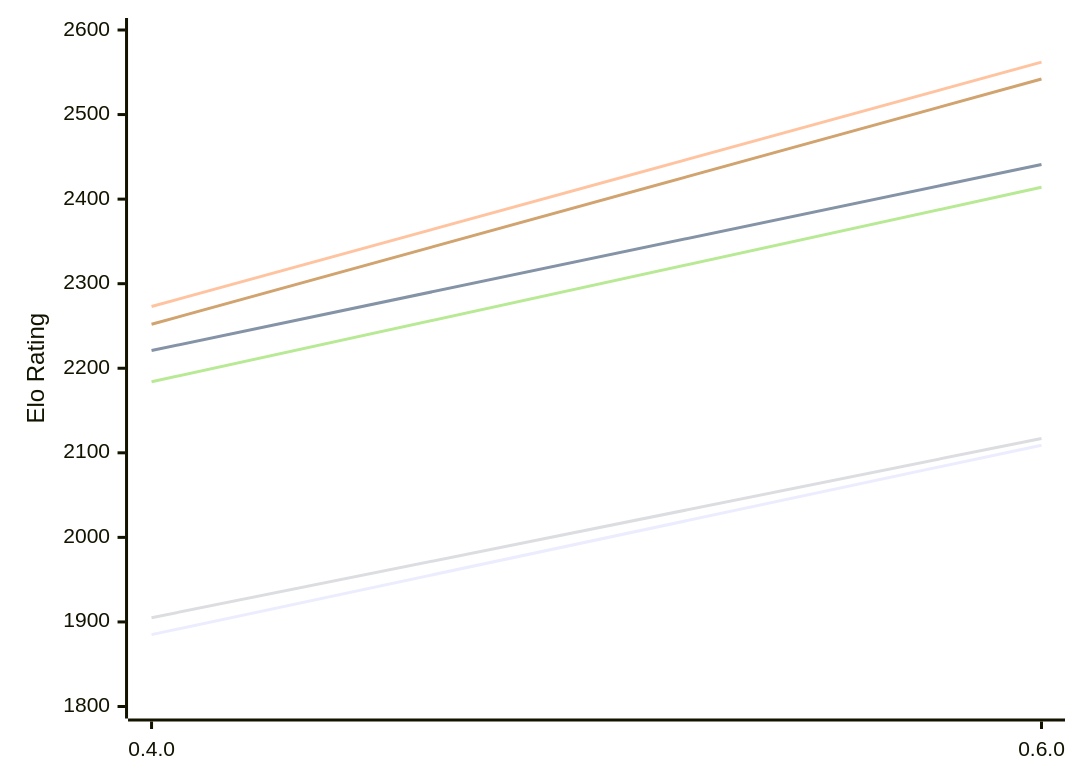
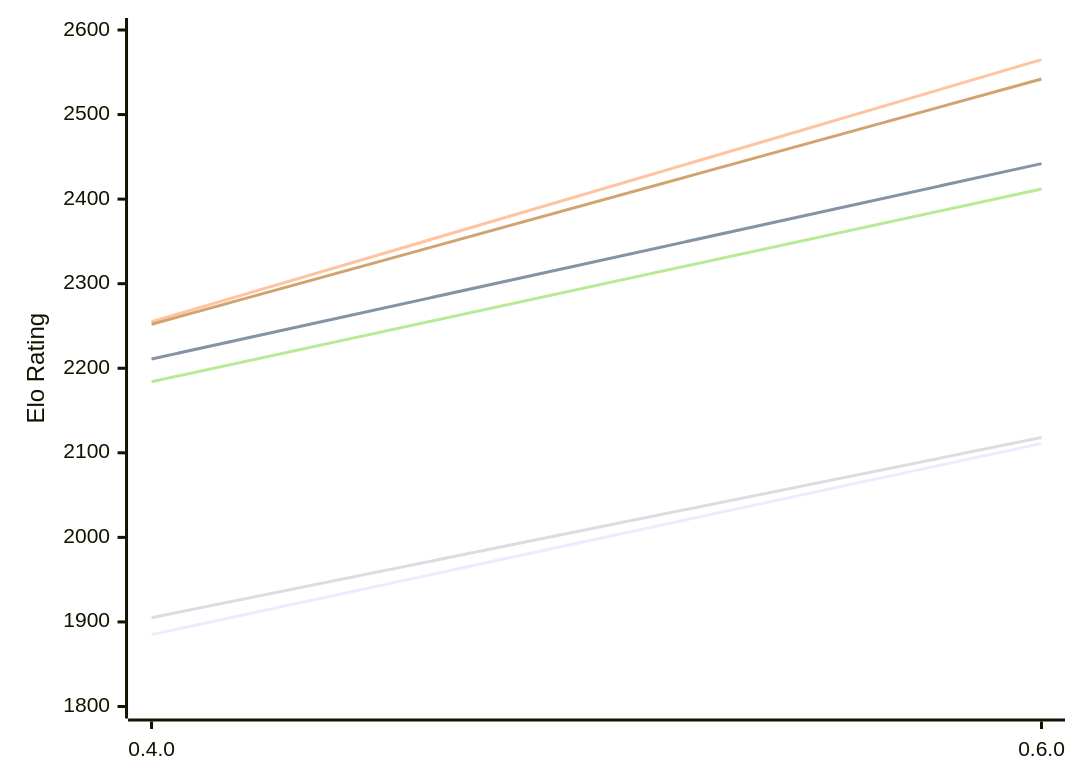
Before and after one commit to computer-chess-index/cci: the first of 2 diagrams in engines/Ariadne.md, drawn with Mermaid. The commit also changed other lines of this file, not shown here.

Commit message:
Update CCI Ratings (ELO VLTC) - 2026-11-27

````diff
--- a/engines/Ariadne.md
+++ b/engines/Ariadne.md
@@ -50,12 +50,12 @@
 ```mermaid
 %%{init: {"theme":"base","themeVariables":{"seriesColors:['#a3a3a3','#222221','#faa371']}}}%%
 xychart-beta
   x-axis ["0.4.0", "0.6.0"]
   y-axis "Elo Rating" 1800 --> 2600
-  line "E1: STC (8.0+0.08s)" [1885, 2109]
-  line "E1: LTC (60.0+0.60s)" [2221, 2441]
-  line "E1: VLTC (2m24s+1.12s)" [2273, 2562]
-  line "P1: STC (8.0+0.08s)" [1905, 2117]
-  line "P1: LTC (60.0+0.60s)" [2184, 2414]
+  line "E1: STC (8.0+0.08s)" [1885, 2111]
+  line "E1: LTC (60.0+0.60s)" [2211, 2442]
+  line "E1: VLTC (2m24s+1.12s)" [2255, 2565]
+  line "P1: STC (8.0+0.08s)" [1905, 2118]
+  line "P1: LTC (60.0+0.60s)" [2184, 2412]
   line "P1: VLTC (2m24s+1.12s)" [2252, 2542]
 ```
````
